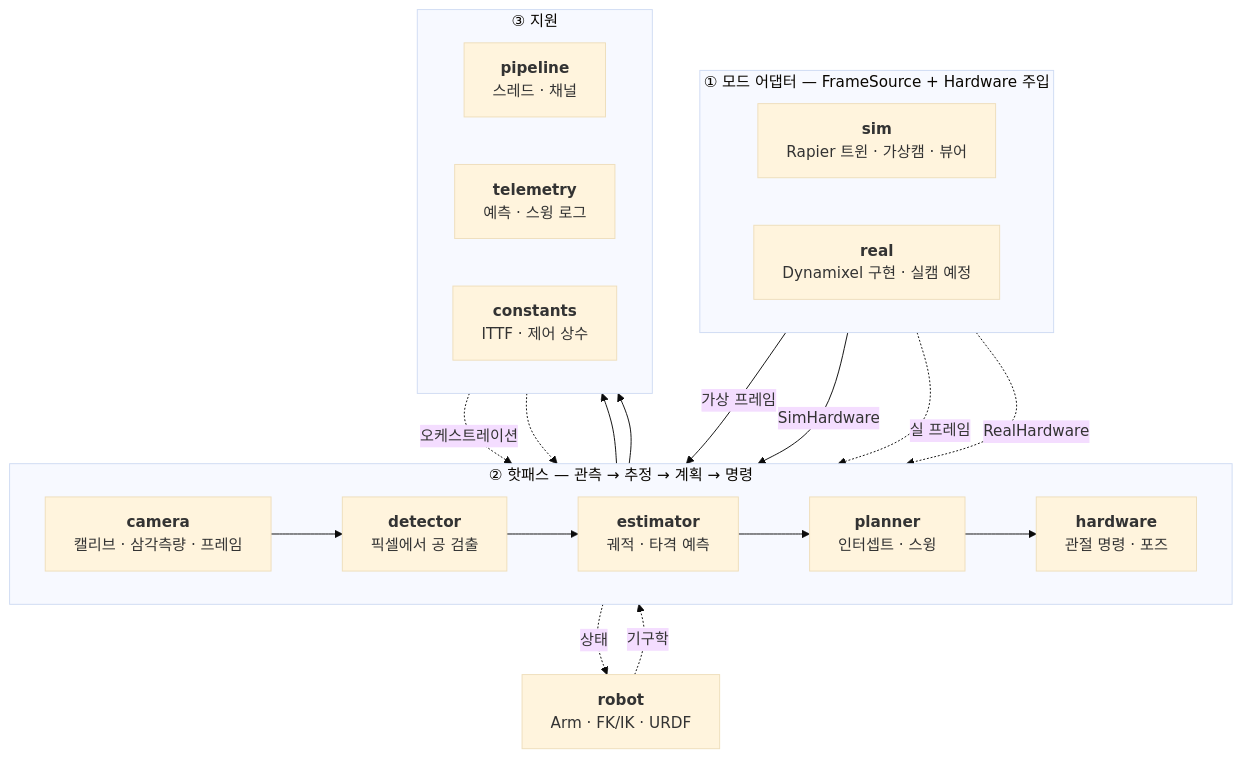
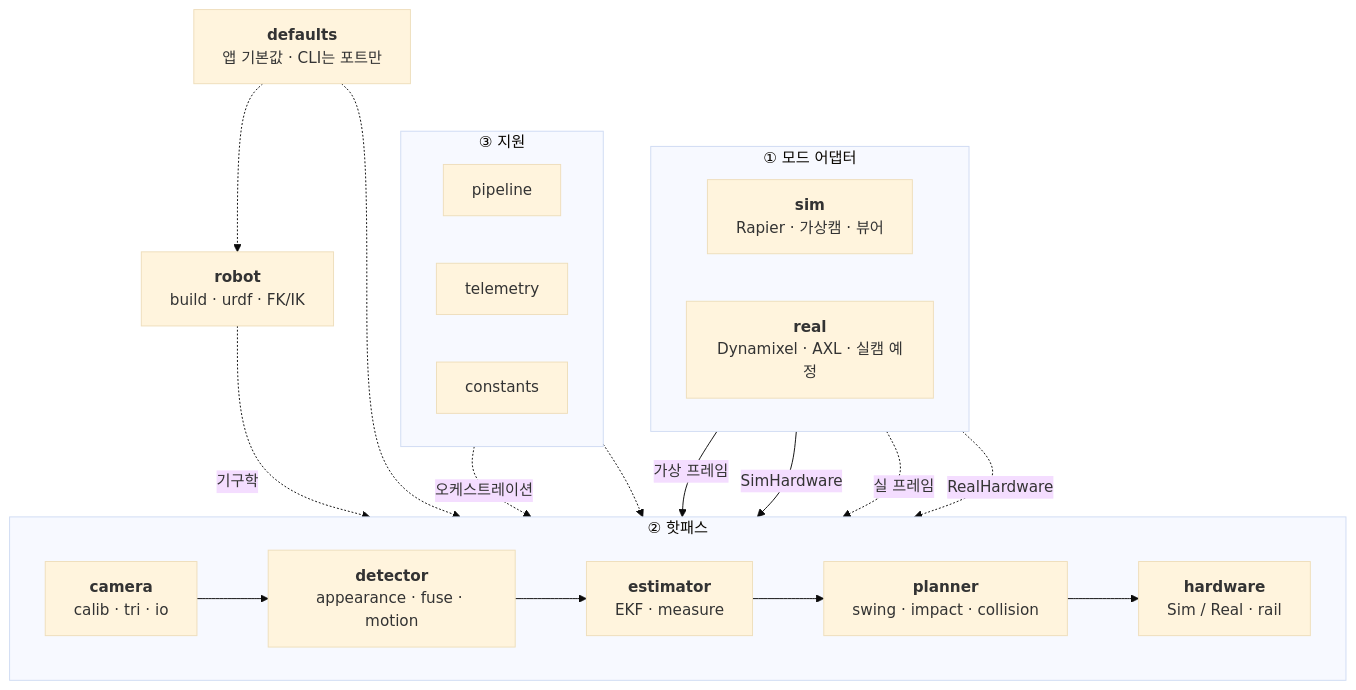
The first of 4 diagrams in README.md (luv-all/pingpong-bot), drawn with Mermaid (base theme) before and after one commit. The commit also changed other lines of this file, not shown here.

First line of the commit message:
docs: refresh README for defaults SSOT and current tools

````diff
--- a/README.md
+++ b/README.md
@@ -143,39 +126,40 @@
 ```mermaid
 flowchart TB
-  subgraph adapters ["① 모드 어댑터 — FrameSource + Hardware 주입"]
+  defaults["<b>defaults</b><br/>앱 기본값 · CLI는 포트만"]
+
+  subgraph adapters ["① 모드 어댑터"]
     direction LR
-    sim["<b>sim</b><br/>Rapier 트윈 · 가상캠 · 뷰어"]
-    real["<b>real</b><br/>Dynamixel 구현 · 실캠 예정"]
+    sim["<b>sim</b><br/>Rapier · 가상캠 · 뷰어"]
+    real["<b>real</b><br/>Dynamixel · AXL · 실캠 예정"]
   end
 
-  subgraph hot ["② 핫패스 — 관측 → 추정 → 계획 → 명령"]
+  subgraph hot ["② 핫패스"]
     direction LR
-    camera["<b>camera</b><br/>캘리브 · 삼각측량 · 프레임"]
-    detector["<b>detector</b><br/>픽셀에서 공 검출"]
-    estimator["<b>estimator</b><br/>궤적 · 타격 예측"]
-    planner["<b>planner</b><br/>인터셉트 · 스윙"]
-    hardware["<b>hardware</b><br/>관절 명령 · 포즈"]
+    camera["<b>camera</b><br/>calib · tri · io"]
+    detector["<b>detector</b><br/>appearance · fuse · motion"]
+    estimator["<b>estimator</b><br/>EKF · measure"]
+    planner["<b>planner</b><br/>swing · impact · collision"]
+    hardware["<b>hardware</b><br/>Sim / Real · rail"]
     camera --> detector --> estimator --> planner --> hardware
   end
 
-  robot["<b>robot</b><br/>Arm · FK/IK · URDF"]
+  robot["<b>robot</b><br/>build · urdf · FK/IK"]
+  defaults -.-> hot
+  defaults -.-> robot
   robot -.->|기구학| planner
-  hardware -.->|상태| robot
 
   sim -->|가상 프레임| camera
   sim -->|SimHardware| hardware
   real -.->|실 프레임| camera
   real -.->|RealHardware| hardware
 
   subgraph support ["③ 지원"]
     direction LR
-    pipeline["<b>pipeline</b><br/>스레드 · 채널"]
-    telemetry["<b>telemetry</b><br/>예측 · 스윙 로그"]
-    constants["<b>constants</b><br/>ITTF · 제어 상수"]
+    pipeline["pipeline"]
+    telemetry["telemetry"]
+    constants["constants"]
   end
 
   pipeline -.->|오케스트레이션| hot
-  estimator --> telemetry
-  planner --> telemetry
   constants -.-> hot
 ```
````
